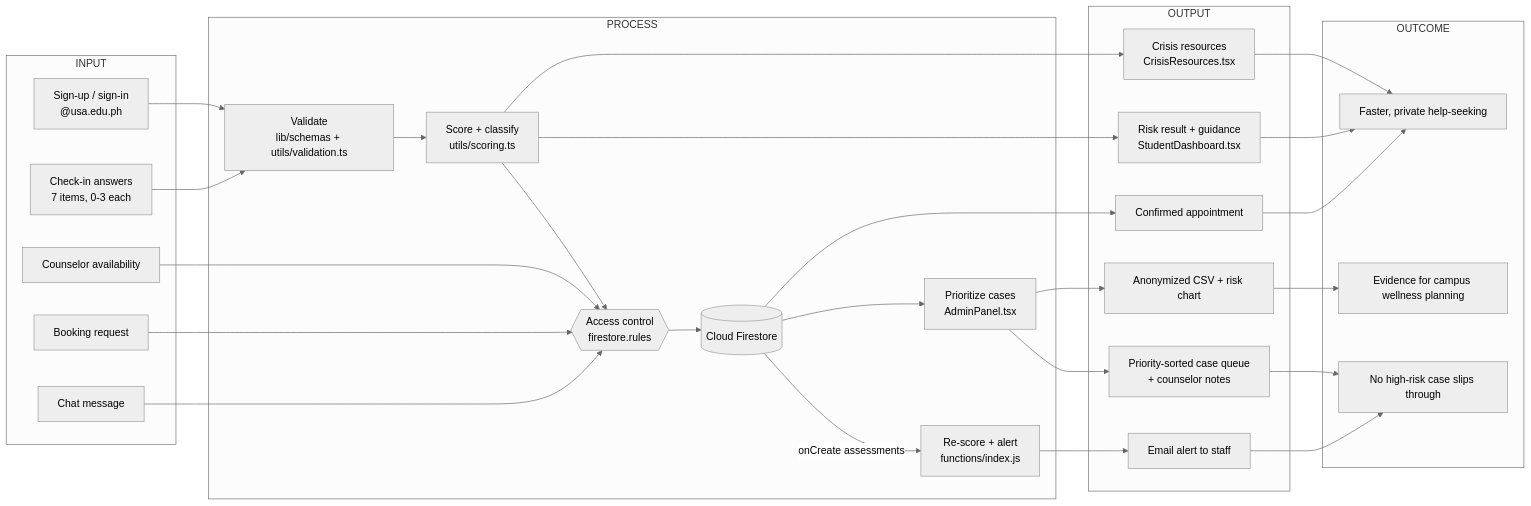
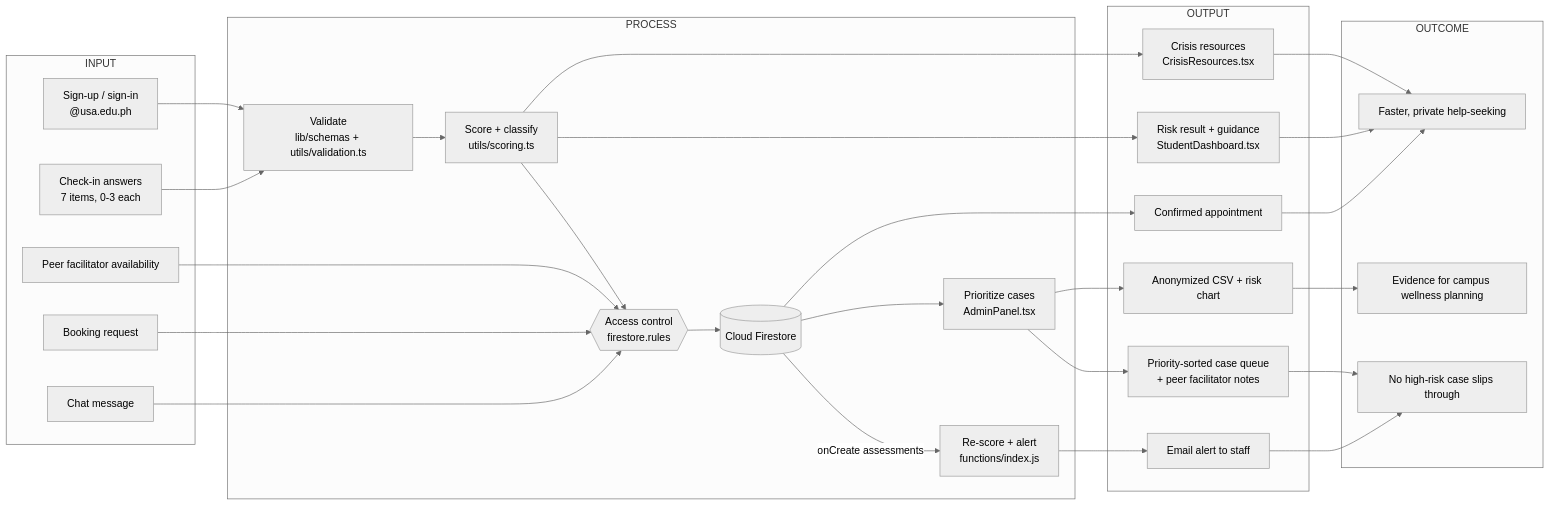
One commit to IkariShinjiii/Mind-Bridge changed the diagram in docs/IPOO.md. Above: the diagram before and after it, drawn with Mermaid (neutral theme). The commit also changed other lines of this file and 71 other files, not shown here.

First line of the commit message:
Rename counselor to peer facilitator in code, tests and docs

````diff
--- a/docs/IPOO.md
+++ b/docs/IPOO.md
@@ -24,55 +24,55 @@
 ```mermaid
 flowchart LR
     subgraph INPUT["INPUT"]
         I1["Sign-up / sign-in<br/>@usa.edu.ph"]
         I2["Check-in answers<br/>7 items, 0-3 each"]
-        I3["Counselor availability"]
+        I3["Peer facilitator availability"]
         I4["Booking request"]
         I5["Chat message"]
     end
 
     subgraph PROCESS["PROCESS"]
         P0["Validate<br/>lib/schemas + utils/validation.ts"]
         P1["Score + classify<br/>utils/scoring.ts"]
         P2{{"Access control<br/>firestore.rules"}}
         P3[("Cloud Firestore")]
         P4["Re-score + alert<br/>functions/index.js"]
         P5["Prioritize cases<br/>AdminPanel.tsx"]
     end
 
     subgraph OUTPUT["OUTPUT"]
         O1["Risk result + guidance<br/>StudentDashboard.tsx"]
-        O2["Priority-sorted case queue<br/>+ counselor notes"]
+        O2["Priority-sorted case queue<br/>+ peer facilitator notes"]
         O3["Confirmed appointment"]
         O4["Email alert to staff"]
         O5["Anonymized CSV + risk chart"]
         O6["Crisis resources<br/>CrisisResources.tsx"]
     end
 
     subgraph OUTCOME["OUTCOME"]
         C1["Faster, private help-seeking"]
         C2["No high-risk case slips through"]
         C3["Evidence for campus wellness planning"]
     end
 
     I1 --> P0
     I2 --> P0 --> P1 --> P2
     I3 --> P2
     I4 --> P2
     I5 --> P2
     P2 --> P3
     P3 -- "onCreate assessments" --> P4
     P3 --> P5
     P1 --> O1
     P1 --> O6
     P5 --> O2
     P3 --> O3
     P4 --> O4
     P5 --> O5
     O1 --> C1
     O6 --> C1
     O3 --> C1
     O2 --> C2
     O4 --> C2
     O5 --> C3
 ```
````
